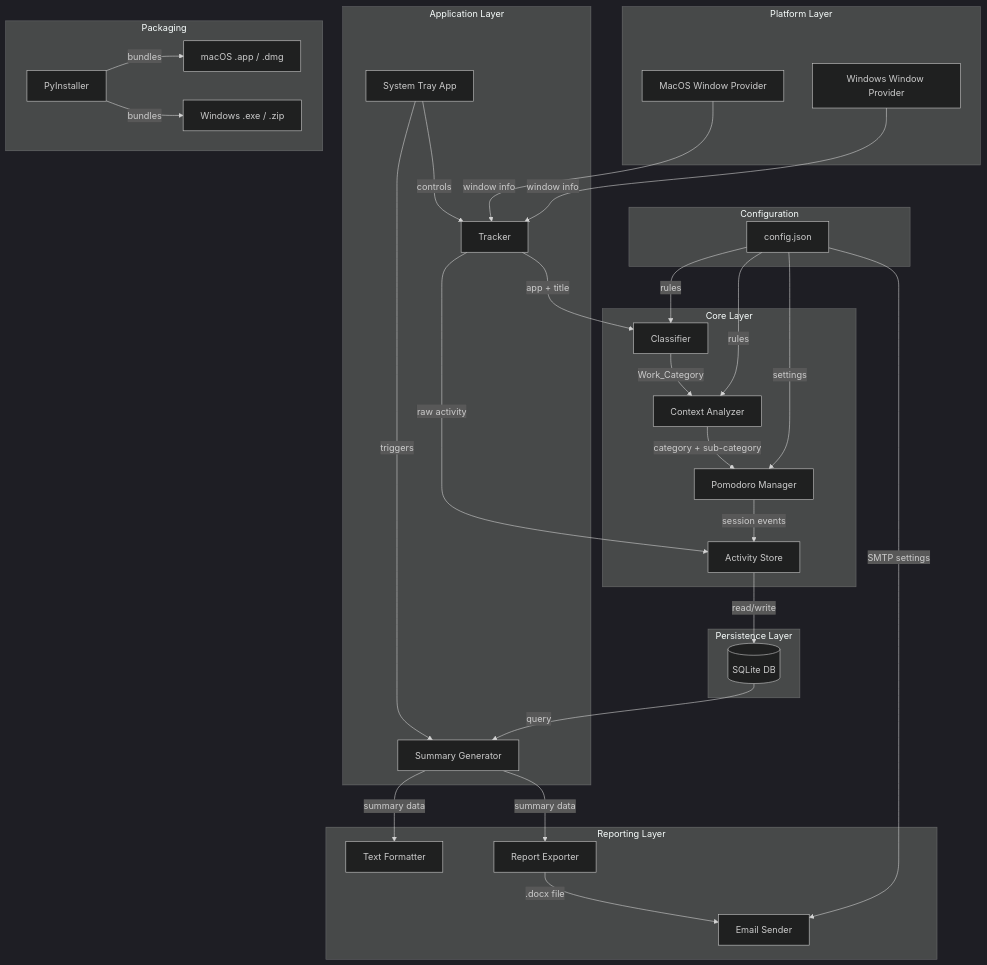
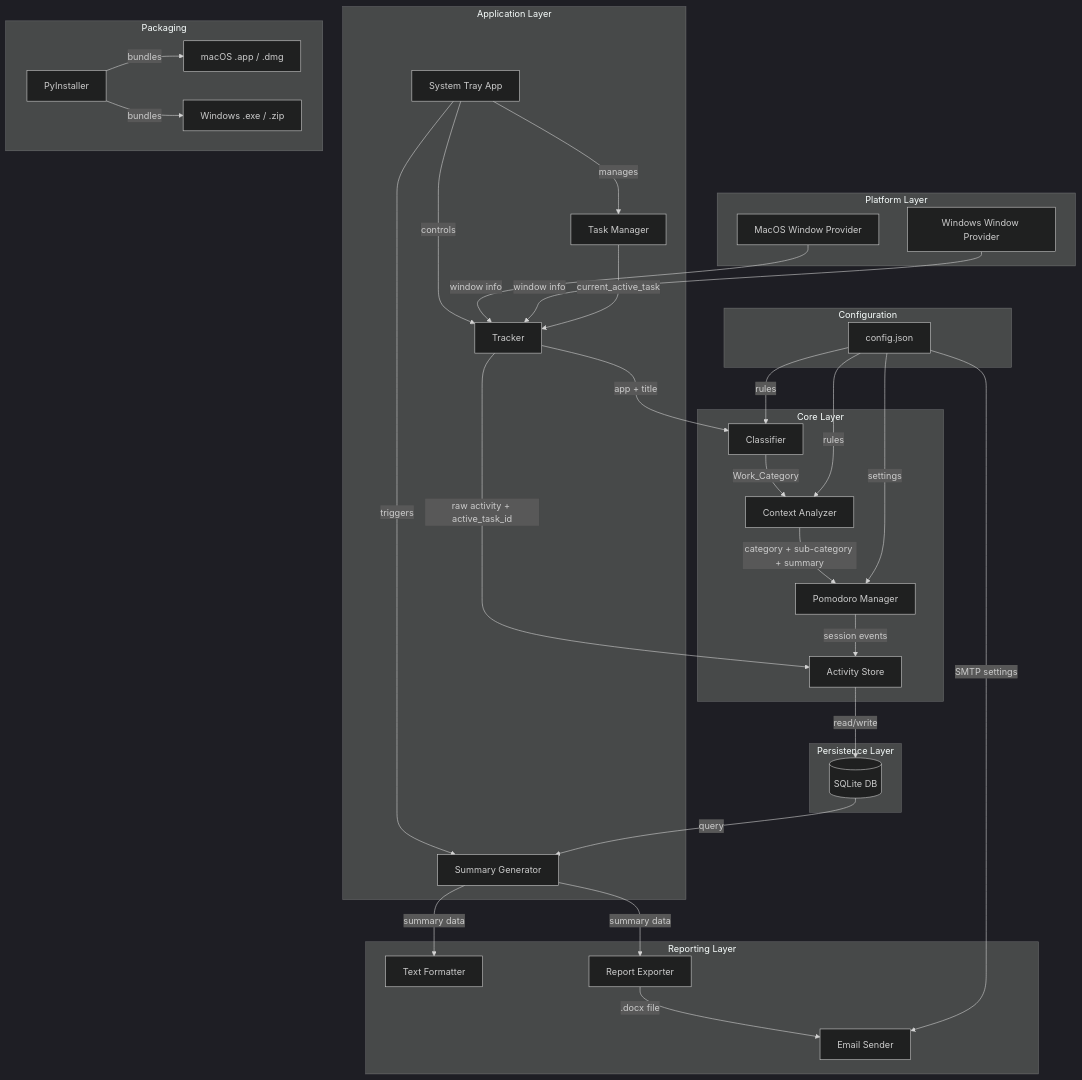
One commit to nuobo-dev/carrot-summary changed the diagram in .kiro/specs/flowtrack/design.md. Above: the diagram before and after it, drawn with Mermaid (dark theme). The commit also changed other lines of this file and 414 other files, not shown here.

````diff
--- a/.kiro/specs/flowtrack/design.md
+++ b/.kiro/specs/flowtrack/design.md
@@ -11,43 +13,45 @@
 ```mermaid
 graph TD
     subgraph "Application Layer"
         Z[System Tray App] -->|controls| C[Tracker]
         Z -->|triggers| I[Summary Generator]
+        Z -->|manages| T[Task Manager]
     end
 
     subgraph "Platform Layer"
         A[MacOS Window Provider] -->|window info| C
         B[Windows Window Provider] -->|window info| C
     end
 
     subgraph "Core Layer"
         C -->|app + title| D[Classifier]
         D -->|Work_Category| E[Context Analyzer]
-        E -->|category + sub-category| F[Pomodoro Manager]
+        E -->|category + sub-category + summary| F[Pomodoro Manager]
+        T -->|current_active_task| C
         F -->|session events| G[Activity Store]
-        C -->|raw activity| G
+        C -->|raw activity + active_task_id| G
     end
 
     subgraph "Persistence Layer"
         G -->|read/write| H[(SQLite DB)]
     end
 
     subgraph "Reporting Layer"
         H -->|query| I
         I -->|summary data| J[Text Formatter]
         I -->|summary data| K[Report Exporter]
         K -->|.docx file| L[Email Sender]
     end
 
     subgraph "Configuration"
         M[config.json] -->|rules| D
         M -->|rules| E
         M -->|settings| F
         M -->|SMTP settings| L
     end
 
     subgraph "Packaging"
         N[PyInstaller] -->|bundles| O[macOS .app / .dmg]
         N -->|bundles| P[Windows .exe / .zip]
     end
 ```
````
